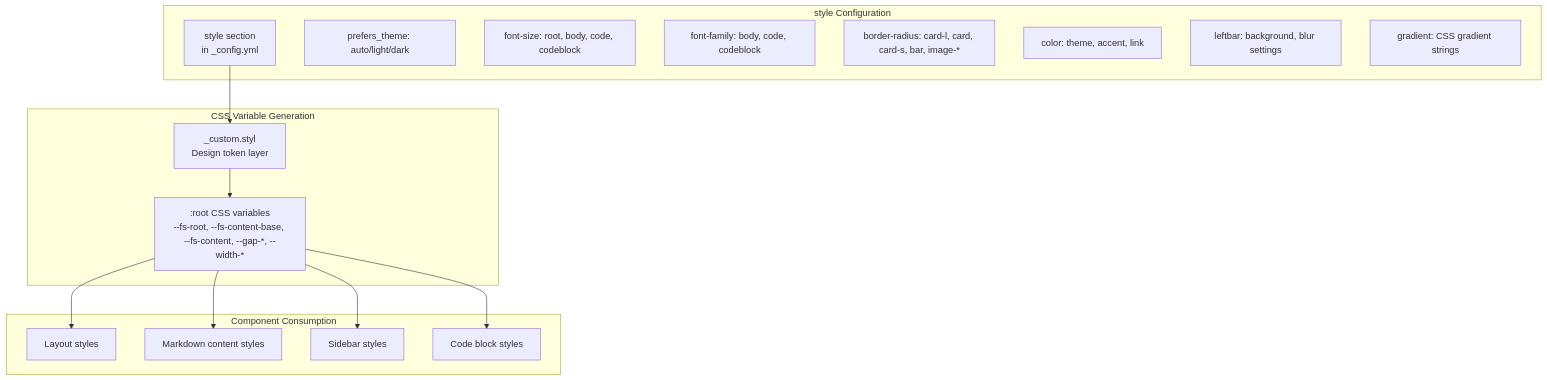
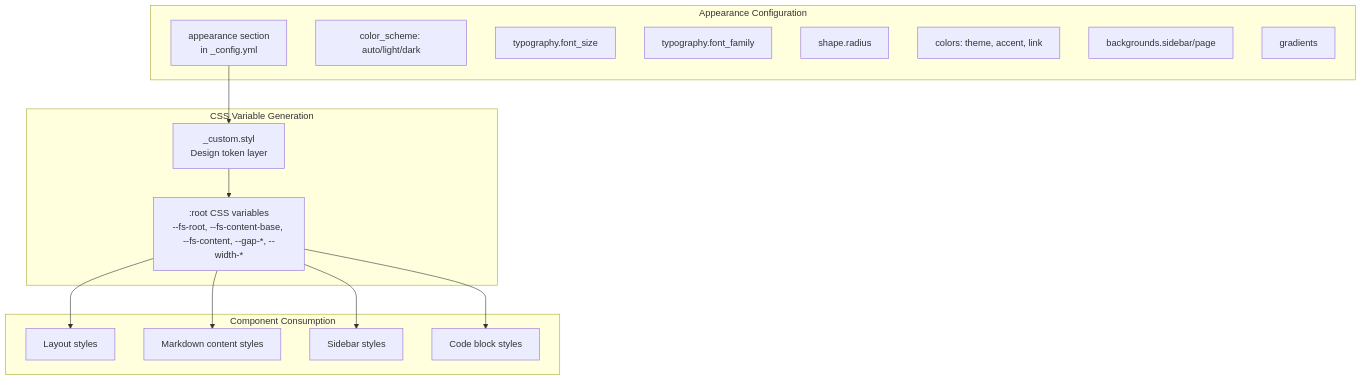
Before and after one commit to xaoxuu/hexo-theme-stellar: the third of 4 diagrams in docs/knowledge/00-总览与安装配置/configuration.md, drawn with Mermaid. The commit also changed other lines of this file and 79 other files, not shown here.

````diff
--- a/docs/knowledge/00-总览与安装配置/configuration.md
+++ b/docs/knowledge/00-总览与安装配置/configuration.md
@@ -448,34 +448,34 @@
 ```mermaid
 graph TB
-    subgraph "style Configuration"
-        STYLE["style section<br/>in _config.yml"]
+    subgraph "Appearance Configuration"
+        STYLE["appearance section<br/>in _config.yml"]
         
-        THEME["prefers_theme: auto/light/dark"]
-        FONTSIZE["font-size: root, body, code, codeblock"]
-        FONTFAMILY["font-family: body, code, codeblock"]
-        BORDER["border-radius: card-l, card, card-s, bar, image-*"]
-        COLOR["color: theme, accent, link"]
-        LEFTBAR["leftbar: background, blur settings"]
-        GRADIENT["gradient: CSS gradient strings"]
+        THEME["color_scheme: auto/light/dark"]
+        FONTSIZE["typography.font_size"]
+        FONTFAMILY["typography.font_family"]
+        BORDER["shape.radius"]
+        COLOR["colors: theme, accent, link"]
+        LEFTBAR["backgrounds.sidebar/page"]
+        GRADIENT["gradients"]
     end
     
     subgraph "CSS Variable Generation"
         CUSTOMSTYL["_custom.styl<br/>Design token layer"]
         CSSROOT[":root CSS variables<br/>--fs-root, --fs-content-base, --fs-content, --gap-*, --width-*"]
     end
     
     subgraph "Component Consumption"
         LAYOUT["Layout styles"]
         MDTEXT["Markdown content styles"]
         SIDEBAR["Sidebar styles"]
         CODEBLOCK["Code block styles"]
     end
     
     STYLE --> CUSTOMSTYL
     CUSTOMSTYL --> CSSROOT
     
     CSSROOT --> LAYOUT
     CSSROOT --> MDTEXT
     CSSROOT --> SIDEBAR
     CSSROOT --> CODEBLOCK
 ```
````
